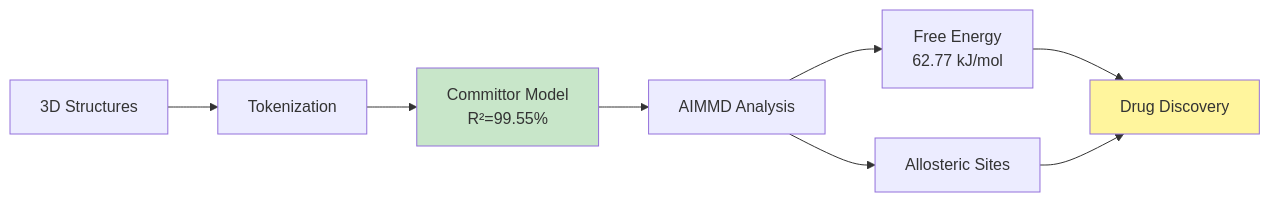
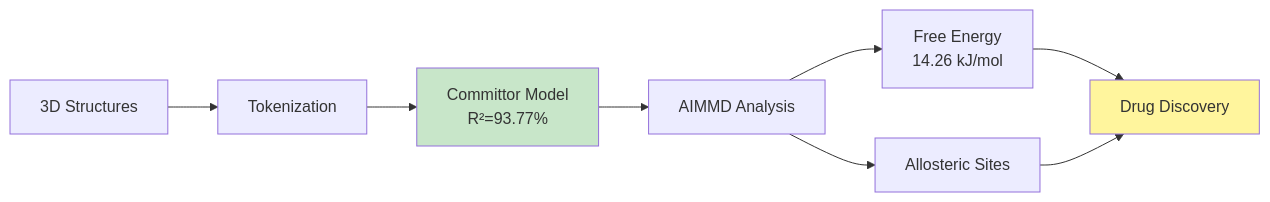
Before and after one commit to Varosync/Jinja: the diagram in README.md, drawn with Mermaid. The commit also changed other lines of this file and 23 other files, not shown here.

````diff
--- a/README.md
+++ b/README.md
@@ -11,13 +11,13 @@
 ```mermaid
 graph LR
     A[3D Structures] --> B[Tokenization]
-    B --> C[Committor Model<br/>R²=99.55%]
+    B --> C[Committor Model<br/>R²=93.77%]
     C --> D[AIMMD Analysis]
-    D --> E[Free Energy<br/>62.77 kJ/mol]
+    D --> E[Free Energy<br/>14.26 kJ/mol]
     D --> F[Allosteric Sites]
     E --> G[Drug Discovery]
     F --> G
     
     style C fill:#c8e6c9
     style G fill:#fff59d
 ```
````
